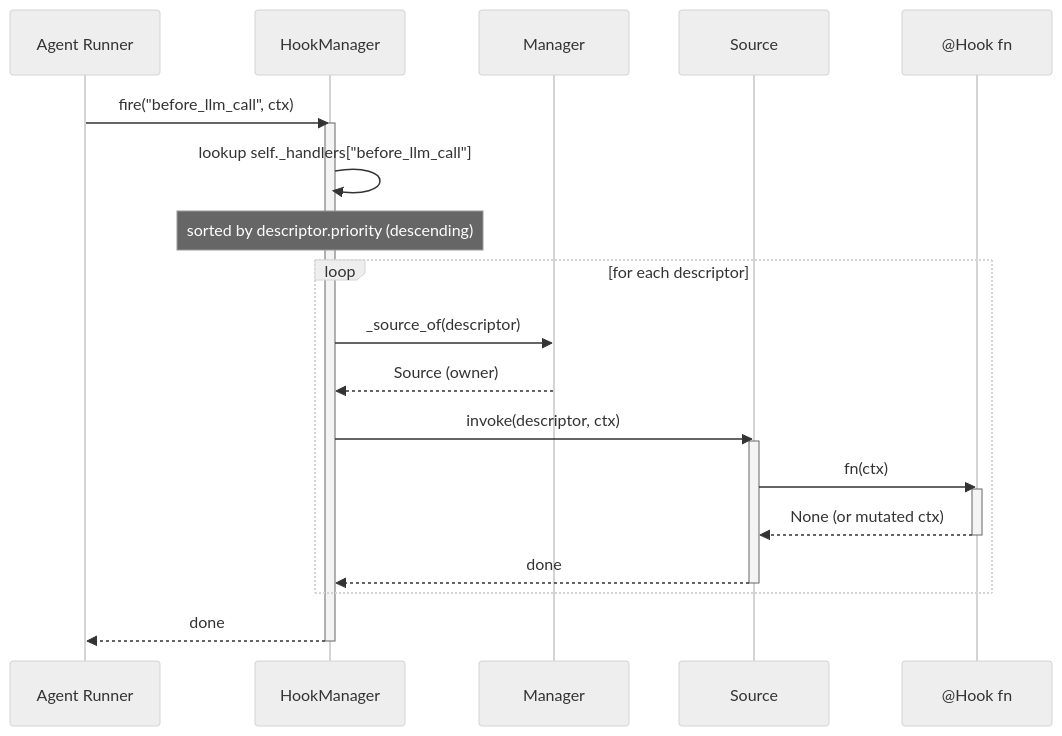
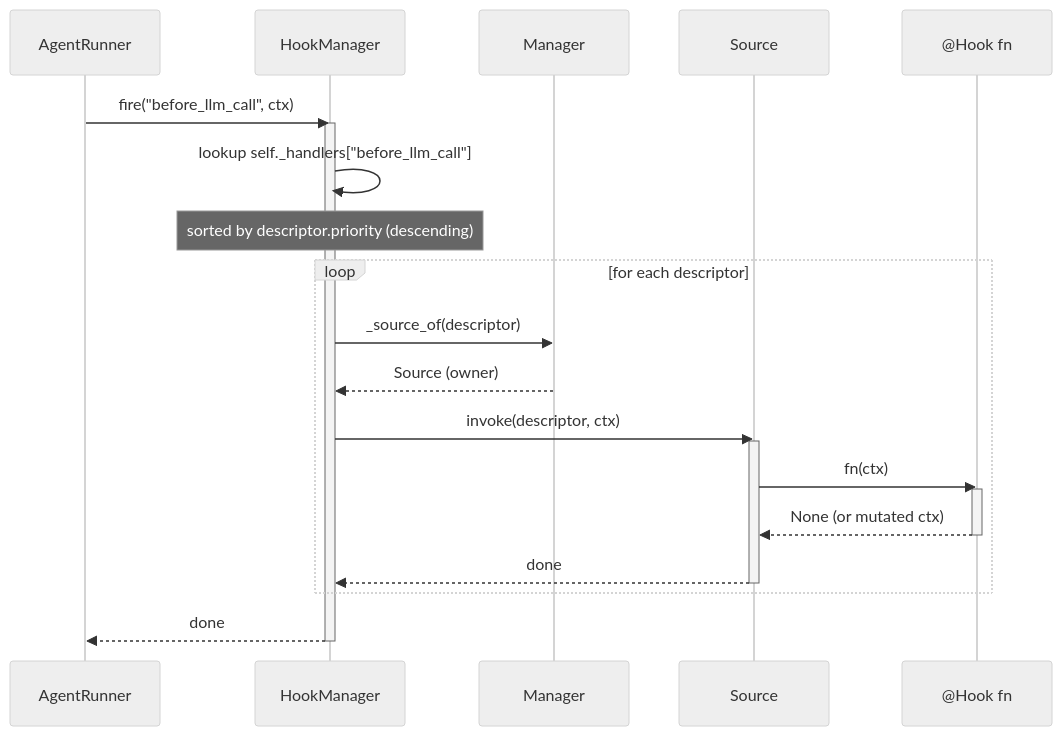
One commit to matrixd0t/commamatrix changed the first of 12 diagrams in visuals.md. Above: the diagram before and after it, drawn with Mermaid (neutral theme). The commit also changed other lines of this file and 36 other files, not shown here.

````diff
--- a/visuals.md
+++ b/visuals.md
@@ -5,30 +5,30 @@
 ```mermaid
 sequenceDiagram
-    participant Runner as Agent Runner
+    participant Runner as AgentRunner
     participant HM as HookManager
     participant ExtMgr as Manager
     participant Sources as Source
     participant Handler as @Hook fn
 
     Runner->>HM: fire("before_llm_call", ctx)
     activate HM
 
     HM->>HM: lookup self._handlers["before_llm_call"]
     Note over HM: sorted by descriptor.priority (descending)
 
     loop for each descriptor
         HM->>ExtMgr: _source_of(descriptor)
         ExtMgr-->>HM: Source (owner)
         HM->>Sources: invoke(descriptor, ctx)
         activate Sources
         Sources->>Handler: fn(ctx)
         activate Handler
         Handler-->>Sources: None (or mutated ctx)
         deactivate Handler
         Sources-->>HM: done
         deactivate Sources
     end
 
     HM-->>Runner: done
     deactivate HM
 ```
````
